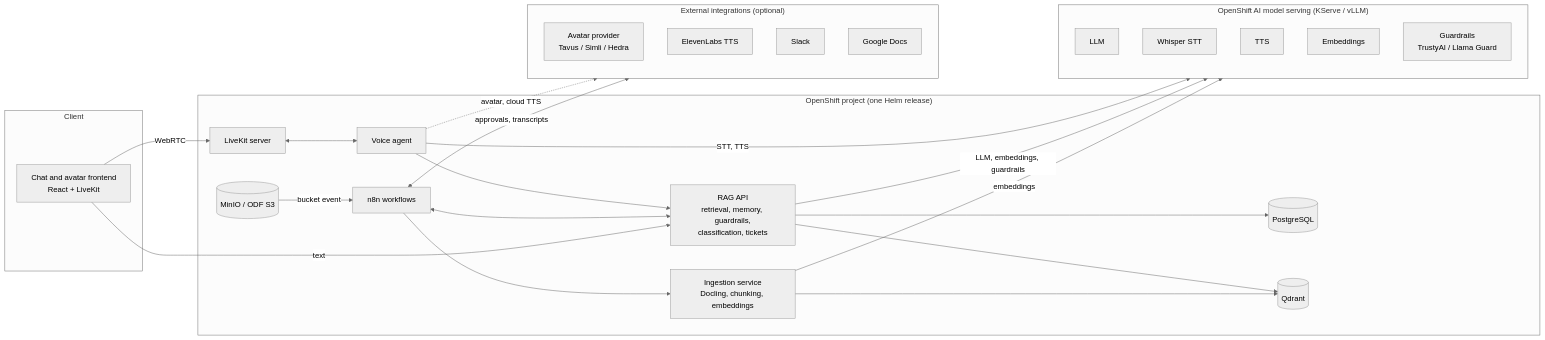
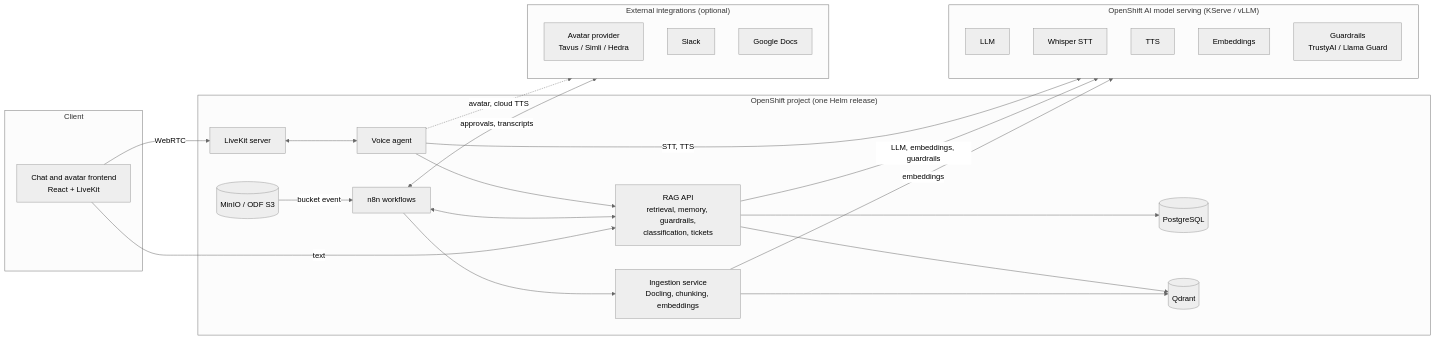
The diagram in README.md (heiba/enterprise-voice-avatar-assistant), drawn with Mermaid (neutral theme) before and after one commit. The commit also changed other lines of this file and 11 other files, not shown here.

Commit message:
Remove ElevenLabs: Kokoro (or any OpenAI-compatible speech endpoint) is the only TTS path

````diff
--- a/README.md
+++ b/README.md
@@ -65,44 +65,43 @@
 ```mermaid
 flowchart LR
   subgraph Client
     UI[Chat and avatar frontend<br/>React + LiveKit]
   end
   subgraph OpenShift["OpenShift project (one Helm release)"]
     LK[LiveKit server]
     VA[Voice agent]
     RAG[RAG API<br/>retrieval, memory, guardrails,<br/>classification, tickets]
     ING[Ingestion service<br/>Docling, chunking, embeddings]
     N8N[n8n workflows]
     S3[(MinIO / ODF S3)]
     PG[(PostgreSQL)]
     QD[(Qdrant)]
     LK <--> VA
     VA --> RAG
     S3 -- bucket event --> N8N
     N8N --> ING
     N8N <--> RAG
     RAG --> PG
     RAG --> QD
     ING --> QD
   end
   subgraph RHOAI["OpenShift AI model serving (KServe / vLLM)"]
     LLM[LLM]
     STT[Whisper STT]
     TTS[TTS]
     EMB[Embeddings]
     GR[Guardrails<br/>TrustyAI / Llama Guard]
   end
   subgraph External["External integrations (optional)"]
     AV[Avatar provider<br/>Tavus / Simli / Hedra]
-    EL[ElevenLabs TTS]
     SL[Slack]
     GD[Google Docs]
   end
   UI -- WebRTC --> LK
   UI -- text --> RAG
   VA -- STT, TTS --> RHOAI
   RAG -- LLM, embeddings, guardrails --> RHOAI
   ING -- embeddings --> RHOAI
   VA -. avatar, cloud TTS .-> External
   N8N <-- approvals, transcripts --> External
 ```
````
